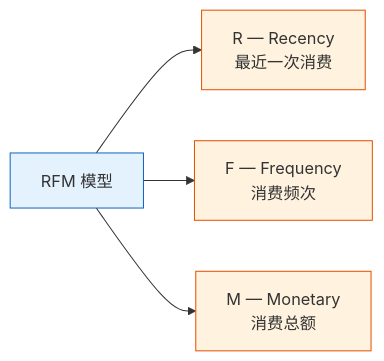
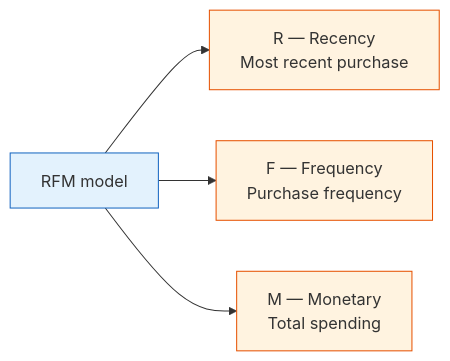
Before and after one commit to oudbiao/AI-fullstack-course: the fourth of 5 diagrams in docs/ch03-data-analysis/ch06-projects/02-multi-source-analysis.md, drawn with Mermaid. The commit also changed other lines of this file and 1406 other files, not shown here.

````diff
--- a/docs/ch03-data-analysis/ch06-projects/02-multi-source-analysis.md
+++ b/docs/ch03-data-analysis/ch06-projects/02-multi-source-analysis.md
@@ -547,11 +543,11 @@
 ```mermaid
 flowchart LR
-    A["RFM 模型"] --> R["R — Recency<br/>最近一次消费"]
-    A --> F["F — Frequency<br/>消费频次"]
-    A --> M["M — Monetary<br/>消费总额"]
+    A["RFM model"] --> R["R — Recency<br/>Most recent purchase"]
+    A --> F["F — Frequency<br/>Purchase frequency"]
+    A --> M["M — Monetary<br/>Total spending"]
 
     style A fill:#e3f2fd,stroke:#1565c0,color:#333
     style R fill:#fff3e0,stroke:#e65100,color:#333
     style F fill:#fff3e0,stroke:#e65100,color:#333
     style M fill:#fff3e0,stroke:#e65100,color:#333
 ```
````
